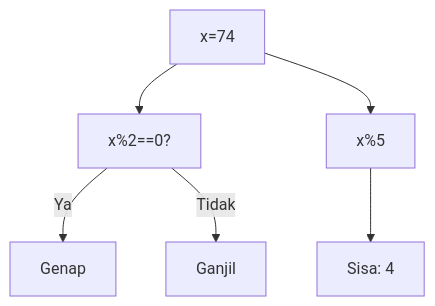
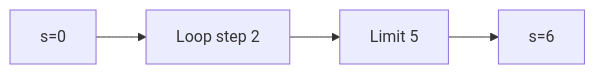
Before and after one commit to amnahwaida/OSNK_INF_PREP: the third of 25 diagrams in part-c-pemahaman-cpp/03-perulangan/latihan/set-08.md, drawn with Mermaid. The commit also changed other lines of this file and 71 other files, not shown here.

````diff
--- a/part-c-pemahaman-cpp/03-perulangan/latihan/set-08.md
+++ b/part-c-pemahaman-cpp/03-perulangan/latihan/set-08.md
@@ -23,8 +75,6 @@
 ```mermaid
-graph TD
-A["x=74"] --> B["x%2==0?"]
-B -- Ya --> C["Genap"]
-B -- Tidak --> D["Ganjil"]
-A --> E["x%5"]
-E --> F["Sisa: 4"]
+graph LR
+A["s=0"] --> B["Loop step 2"]
+B --> C["Limit 5"]
+C --> D["s=6"]
 ```
````
